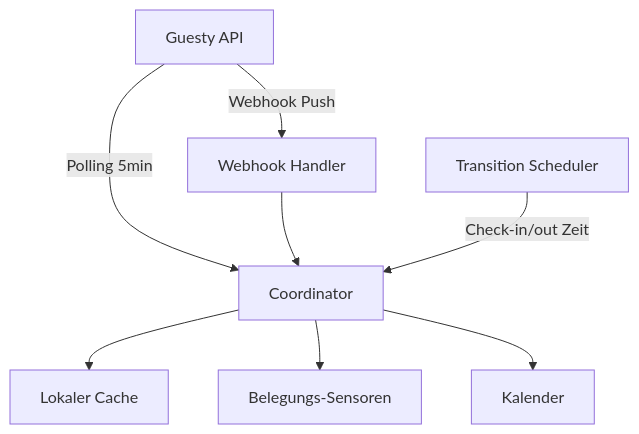
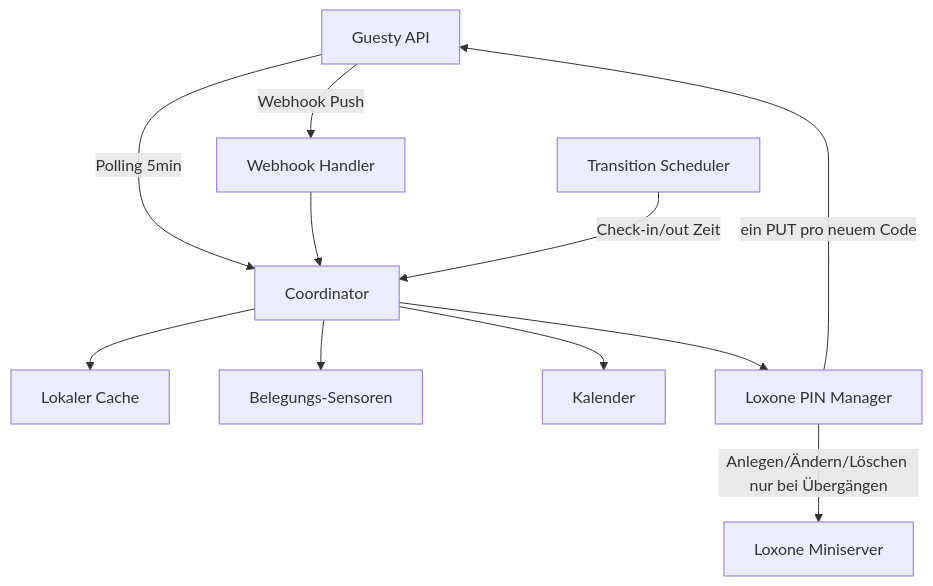
One commit to SVENS0Nb/Guesty-HA-Plugin changed the diagram in README.md. Above: the diagram before and after it, drawn with Mermaid. The commit also changed other lines of this file and 23 other files, not shown here.

````diff
--- a/README.md
+++ b/README.md
@@ -265,10 +451,13 @@
 ```mermaid
 flowchart TD
     A[Guesty API] -->|Polling 5min| B[Coordinator]
     A -->|Webhook Push| C[Webhook Handler]
     C --> B
     B --> D[Lokaler Cache]
     B --> E[Belegungs-Sensoren]
     B --> F[Kalender]
+    B --> H[Loxone PIN Manager]
+    H -->|ein PUT pro neuem Code| A
+    H -->|Anlegen/Ändern/Löschen nur bei Übergängen| I[Loxone Miniserver]
     G[Transition Scheduler] -->|Check-in/out Zeit| B
 ```
````
